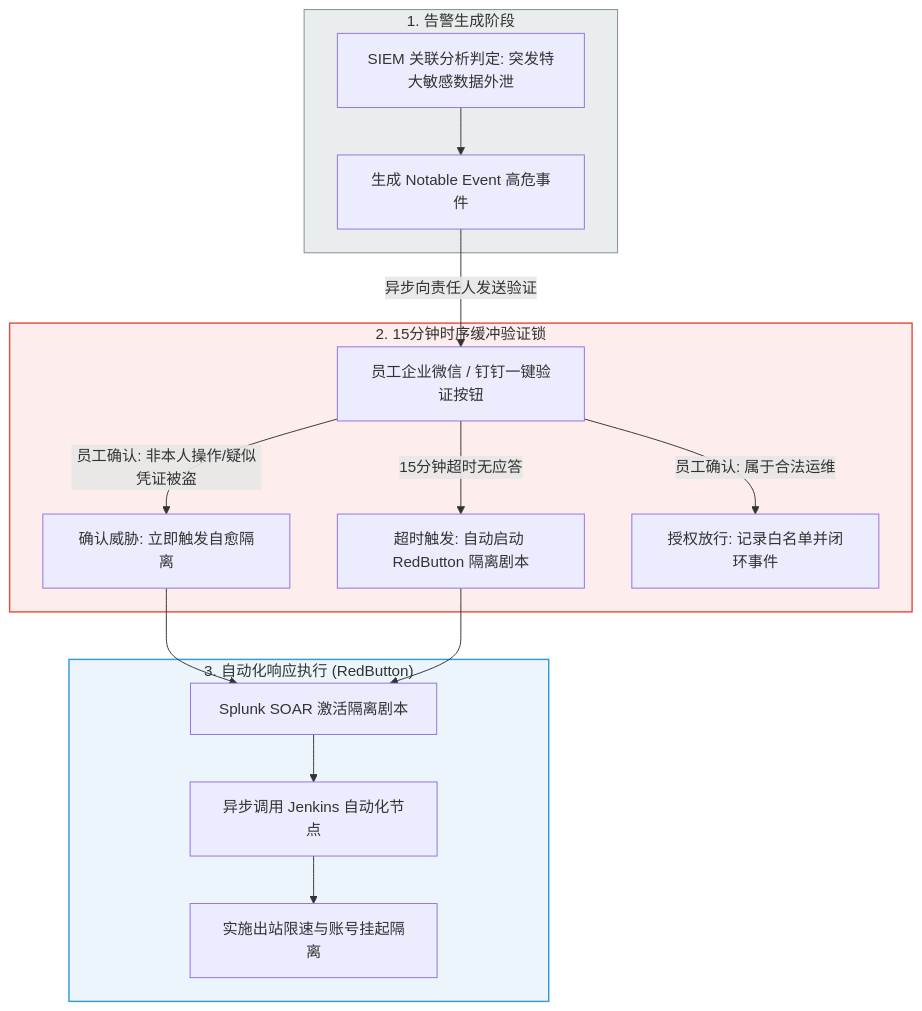
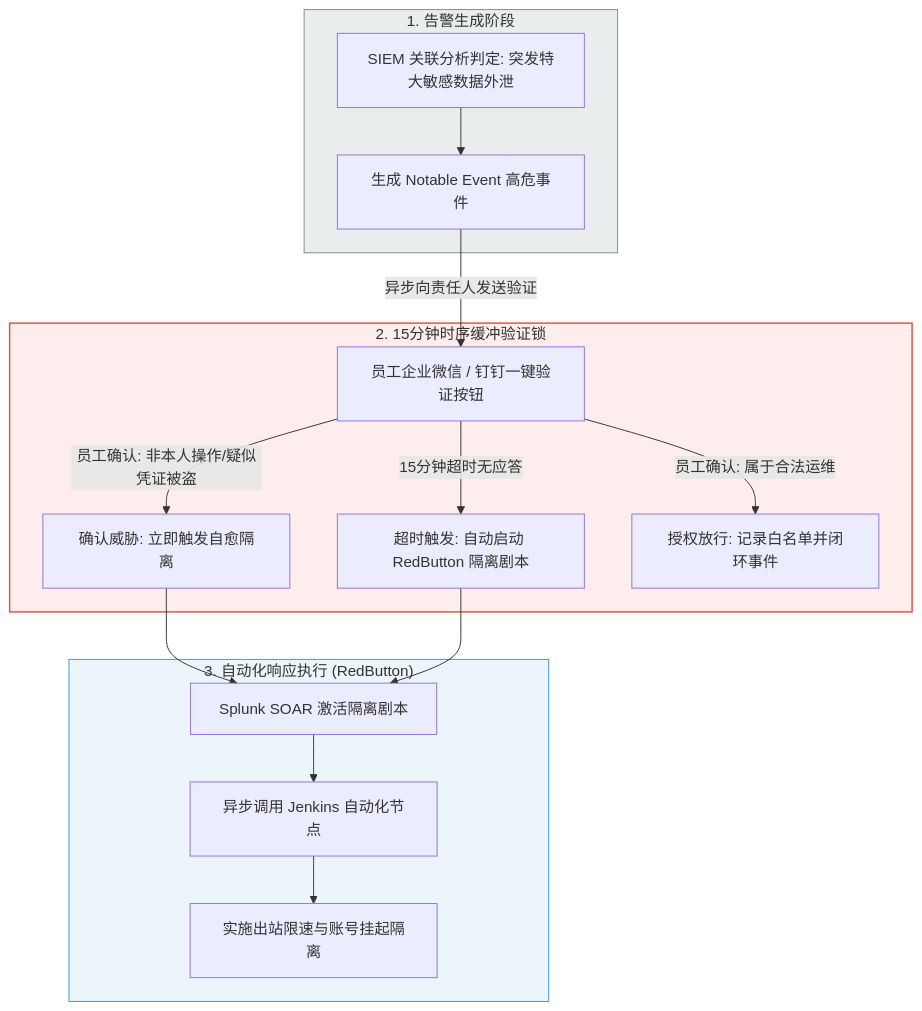
One commit to Bo331/power-data-breach-literature changed the second of 3 diagrams in 02_交付成果/01_敏感数据泄露风险自动化响应技术有效性实施方案资料集.md. Above: the diagram before and after it, drawn with Mermaid. The commit also changed other lines of this file, not shown here.

````diff
--- a/02_交付成果/01_敏感数据泄露风险自动化响应技术有效性实施方案资料集.md
+++ b/02_交付成果/01_敏感数据泄露风险自动化响应技术有效性实施方案资料集.md
@@ -127,24 +139,24 @@
 ```mermaid
 flowchart TD
     subgraph Detection_Alert [" 1. 告警生成阶段 "]
         A1[" SIEM 关联分析判定: 突发特大敏感数据外泄 "] --> A2[" 生成 Notable Event 高危事件 "]
     end
 
     subgraph User_Validation [" 2. 15分钟时序缓冲验证锁 "]
         A2 -->| 异步向责任人发送验证 | B1[" 员工企业微信 / 钉钉一键验证按钮 "]
         B1 -->| 员工确认: 非本人操作/疑似凭证被盗 | B2[" 确认威胁: 立即触发自愈隔离 "]
         B1 -->| 15分钟超时无应答 | B3[" 超时触发: 自动启动 RedButton 隔离剧本 "]
         B1 -->| 员工确认: 属于合法运维 | B4[" 授权放行: 记录白名单并闭环事件 "]
     end
 
     subgraph Auto_Remediation [" 3. 自动化响应执行 (RedButton) "]
         B2 --> C1[" Splunk SOAR 激活隔离剧本 "]
         B3 --> C1
         C1 --> C2[" 异步调用 Jenkins 自动化节点 "]
         C2 --> C3[" 实施出站限速与账号挂起隔离 "]
     end
 
     style Detection_Alert fill:#eaeded,stroke:#7f8c8d,stroke-width:1px
     style User_Validation fill:#fdedec,stroke:#e74c3c,stroke-width:1.5px
-    style Auto_Remediation fill:#ebf5fb,stroke:#3498db,stroke-width:1.5px
+    style Auto_Remediation fill:#ebf5fb,stroke:#3498db,stroke-width:1px
 ```
````
